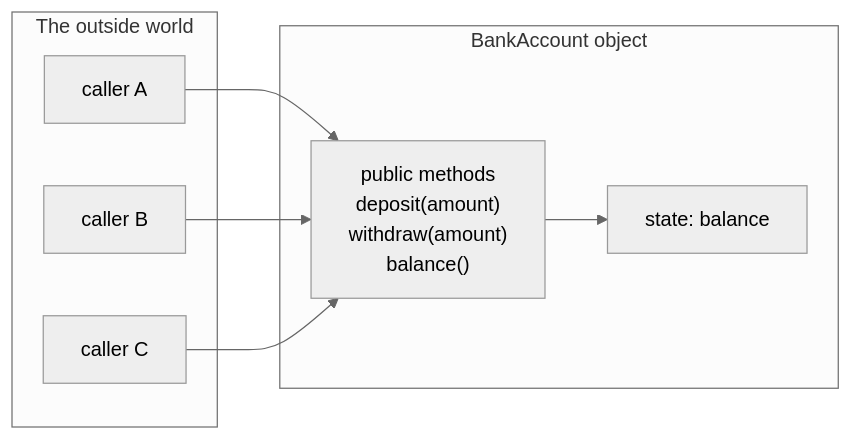
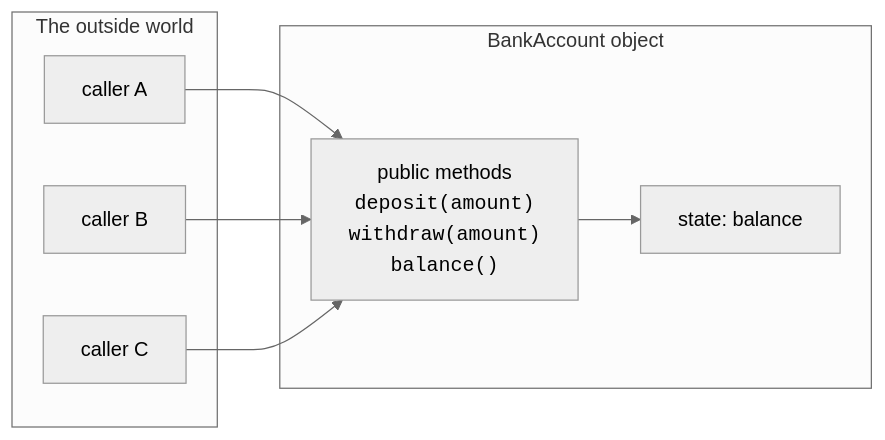
One commit to dataslope/dataslope changed the first of 3 diagrams in content/learn/oop-blueprint-java/encapsulation.mdx. Above: the diagram before and after it, drawn with Mermaid (neutral theme). The commit also changed 153 other files, not shown here.

First line of the commit message:
Render code-only mermaid shapes in monospace; convert step sequences to Steps

````diff
--- a/content/learn/oop-blueprint-java/encapsulation.mdx
+++ b/content/learn/oop-blueprint-java/encapsulation.mdx
@@ -25,17 +25,17 @@
 ```mermaid
 flowchart LR
     subgraph Outside["The outside world"]
         C1[caller A]
         C2[caller B]
         C3[caller C]
     end
     subgraph Capsule["BankAccount object"]
         I["state: balance"]
-        M["public methods<br/>deposit(amount)<br/>withdraw(amount)<br/>balance()"]
+        M["public methods<br/><code>deposit(amount)</code><br/><code>withdraw(amount)</code><br/><code>balance()</code>"]
     end
 
     C1 --> M
     C2 --> M
     C3 --> M
     M --> I
 ```
````
